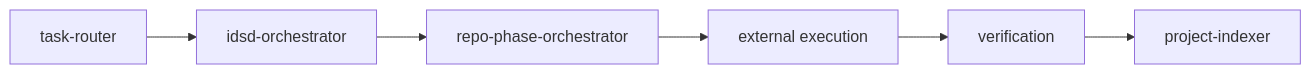
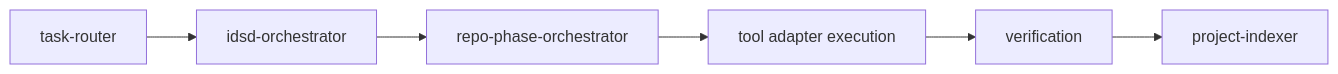
The fourth of 8 diagrams in README.md (HoanDo95/CodexMinimal), drawn with Mermaid before and after one commit. The commit also changed other lines of this file and 29 other files, not shown here.

Commit message:
Make IDSD execution tool agnostic

````diff
--- a/README.md
+++ b/README.md
@@ -84,8 +84,8 @@
 ```mermaid
 flowchart LR
     A[task-router] --> B[idsd-orchestrator]
     B --> C[repo-phase-orchestrator]
-    C --> D[external execution]
+    C --> D[tool adapter execution]
     D --> E[verification]
     E --> F[project-indexer]
 ```
````
